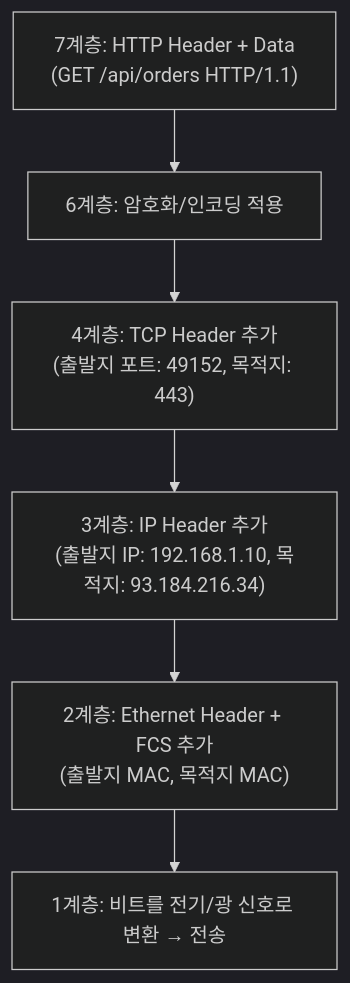
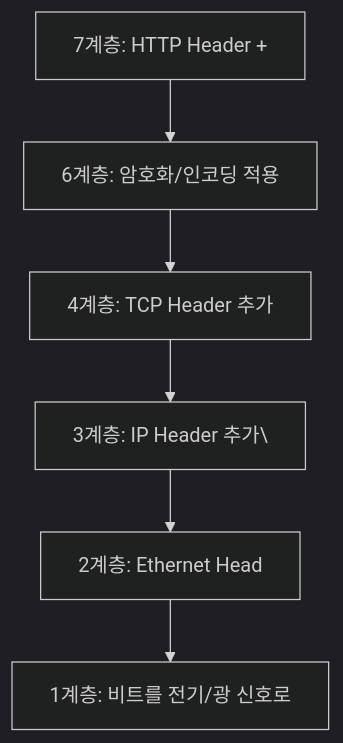
Before and after one commit to yjkim2015/yjkim2015.github.io: the fourth of 6 diagrams in _posts/network/2026-05-01-osi-7-layer.md, drawn with Mermaid (dark theme). The commit also changed other lines of this file and 271 other files, not shown here.

First line of the commit message:
Mermaid 라벨 축소: 긴 노드 텍스트 18자 이하로 트림 + \n 제거

````diff
--- a/_posts/network/2026-05-01-osi-7-layer.md
+++ b/_posts/network/2026-05-01-osi-7-layer.md
@@ -194,10 +194,10 @@
 ```mermaid
 graph TD
-    A7["7계층: HTTP Header + Data\n(GET /api/orders HTTP/1.1)"]
+    A7["7계층: HTTP Header +"]
     A6["6계층: 암호화/인코딩 적용"]
-    A4["4계층: TCP Header 추가\n(출발지 포트: 49152, 목적지: 443)"]
-    A3["3계층: IP Header 추가\n(출발지 IP: 192.168.1.10, 목적지: 93.184.216.34)"]
-    A2["2계층: Ethernet Header + FCS 추가\n(출발지 MAC, 목적지 MAC)"]
-    A1["1계층: 비트를 전기/광 신호로 변환 → 전송"]
+    A4["4계층: TCP Header 추가"]
+    A3["3계층: IP Header 추가\"]
+    A2["2계층: Ethernet Head"]
+    A1["1계층: 비트를 전기/광 신호로"]
     A7 --> A6 --> A4 --> A3 --> A2 --> A1
 ```
````
